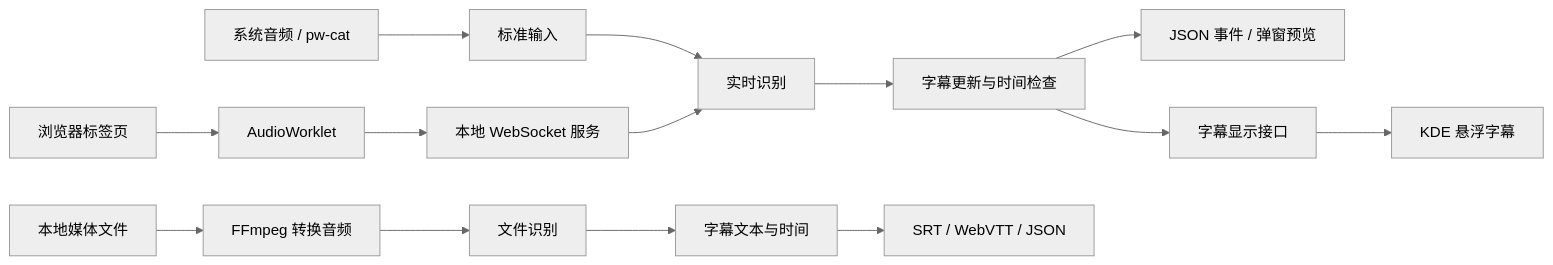
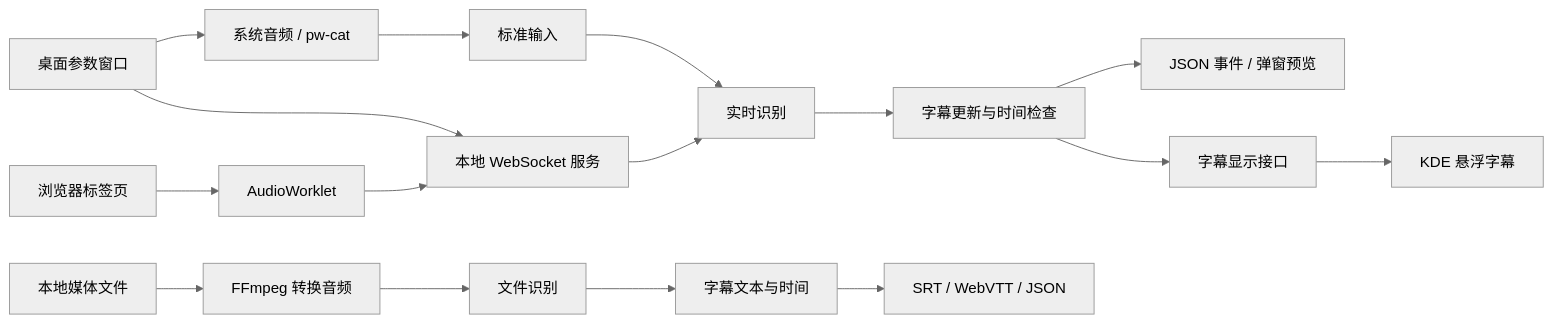
One commit to AkiraLyu/substream changed the diagram in docs/architecture.md. Above: the diagram before and after it, drawn with Mermaid (neutral theme). The commit also changed other lines of this file and 18 other files, not shown here.

````diff
--- a/docs/architecture.md
+++ b/docs/architecture.md
@@ -21,16 +21,18 @@
 ```mermaid
 flowchart LR
-    P[系统音频 / pw-cat] --> R[标准输入]
+    G[桌面参数窗口] --> P[系统音频 / pw-cat]
+    G --> N[本地 WebSocket 服务]
+    P --> R[标准输入]
     B[浏览器标签页] --> W[AudioWorklet]
     W --> N[本地 WebSocket 服务]
     R --> S[实时识别]
     N --> S
     S --> C[字幕更新与时间检查]
     C --> U[JSON 事件 / 弹窗预览]
     C --> V[字幕显示接口]
     V --> K[KDE 悬浮字幕]
     F[本地媒体文件] --> D[FFmpeg 转换音频]
     D --> O[文件识别]
     O --> T[字幕文本与时间]
     T --> X[SRT / WebVTT / JSON]
 ```
````
